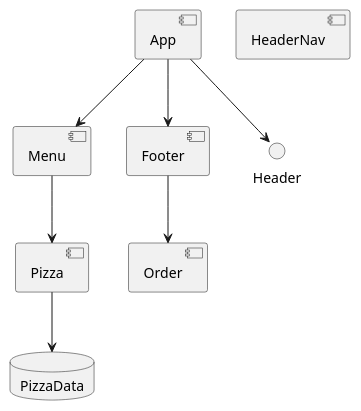
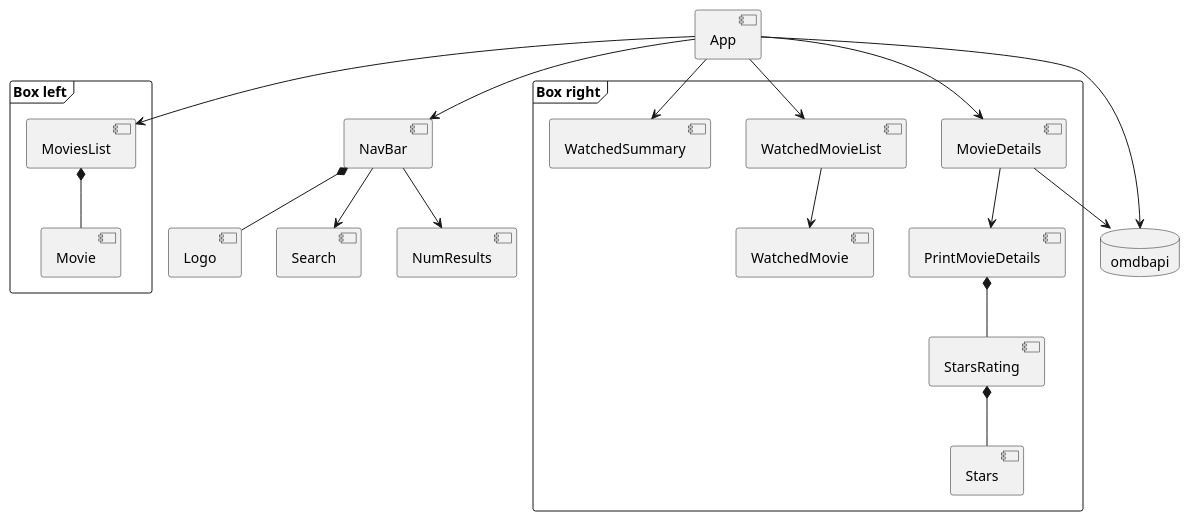
The diagram in react/usepopcorn/public/docs/diagram_UML.puml (Yhooi2/study), drawn with PlantUML before and after one commit. The commit also changed 10 other files, not shown here.

```diff
--- a/react/usepopcorn/public/docs/diagram_UML.puml
+++ b/react/usepopcorn/public/docs/diagram_UML.puml
@@ -1,23 +1,44 @@
 @startuml
 component App 
-    component HeaderNav
-    component Menu
-    component Footer
+    component NavBar
+    component Logo
+    component Search
+    component NumResults
+
+    frame "Box left" {
+        component MoviesList
+        component Movie
+    }
+
+    frame "Box right" {
+        component MovieDetails
+        component PrintMovieDetails
+        component StarsRating
+        component Stars
+
+        component WatchedMovieList
+        component WatchedSummary
+        component WatchedMovie
+    }
 
 
 
-component Pizza
 
+database omdbapi
+App --> omdbapi
+MovieDetails --> omdbapi
 
-component "Footer"
-component Order
-
-database PizzaData
-
-App --> Header
-App --> Menu
-App --> Footer
-Menu --> Pizza
-Pizza --> PizzaData
-"Footer" --> Order
+App --> NavBar
+NavBar *-- Logo
+NavBar --> Search
+NavBar --> NumResults
+App --> MoviesList
+MoviesList *-- Movie
+App --> MovieDetails
+MovieDetails --> PrintMovieDetails
+PrintMovieDetails *-- StarsRating
+StarsRating *-- Stars
+App --> WatchedSummary
+App --> WatchedMovieList
+WatchedMovieList --> WatchedMovie
 @enduml
```
